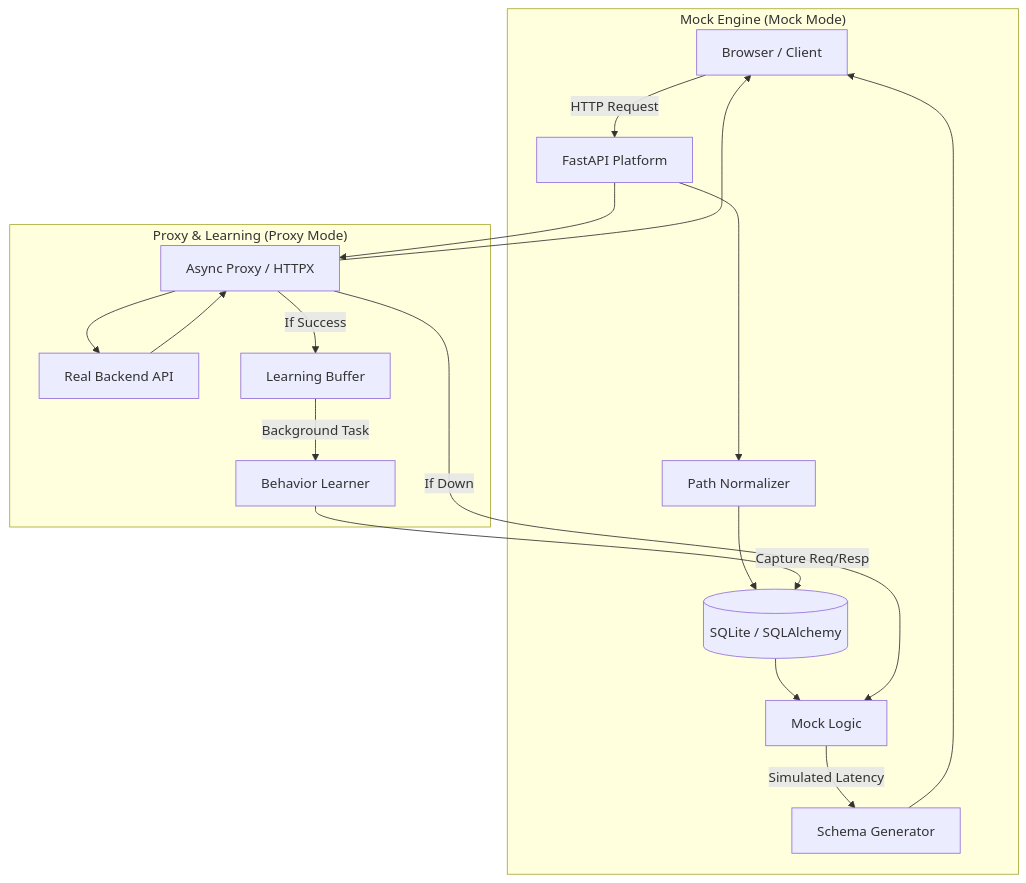
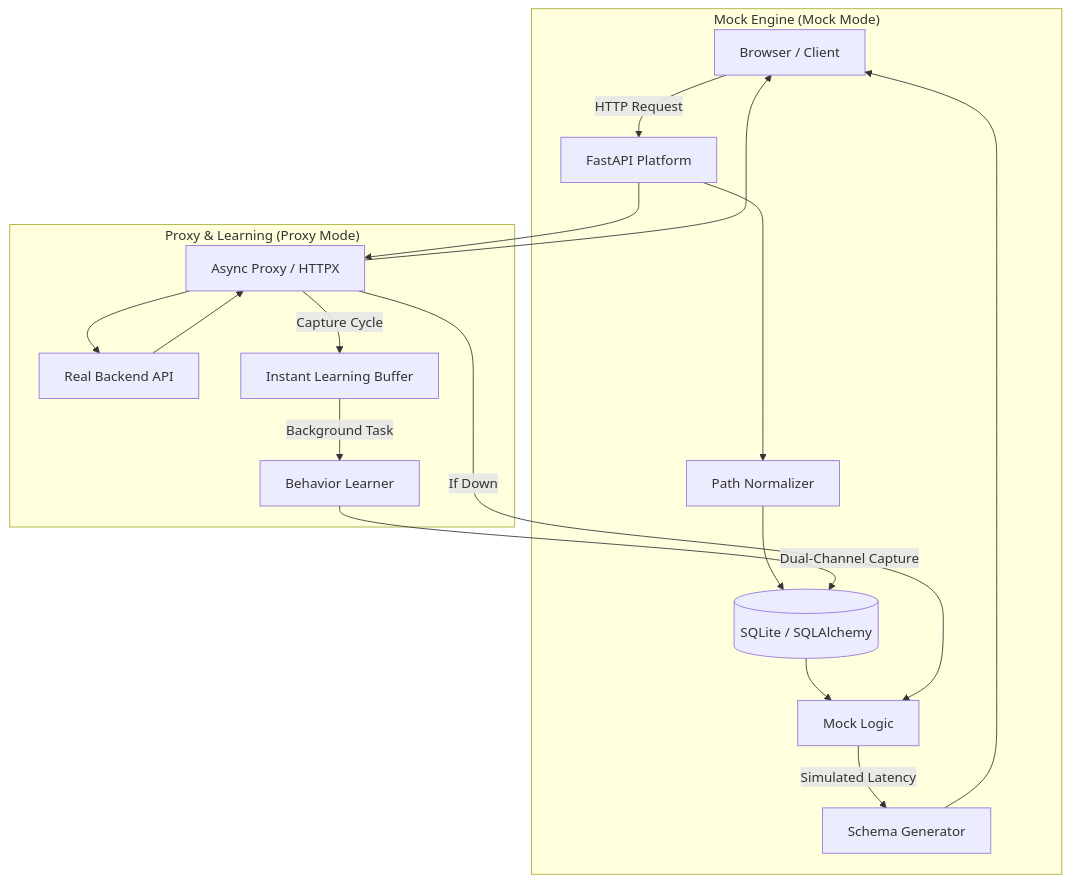
One commit to Prathamesh-Udoshi/intelligent-adaptive-mock changed the diagram in README.md. Above: the diagram before and after it, drawn with Mermaid. The commit also changed other lines of this file, not shown here.

Commit message:
Update README with Dual-Channel Intelligence and Live Stream features

````diff
--- a/README.md
+++ b/README.md
@@ -40,23 +40,23 @@
 ```mermaid
 graph TD
     Client[Browser / Client] -->|HTTP Request| Server[FastAPI Platform]
     
     subgraph "Mock Engine (Mock Mode)"
         Server --> Norm[Path Normalizer]
         Norm --> DB[(SQLite / SQLAlchemy)]
         DB --> Logic[Mock Logic]
         Logic -->|Simulated Latency| Gen[Schema Generator]
         Gen --> Client
     end
     
     subgraph "Proxy & Learning (Proxy Mode)"
         Server --> Proxy[Async Proxy / HTTPX]
         Proxy --> Target[Real Backend API]
         Target --> Proxy
-        Proxy -->|If Success| Buffer[Learning Buffer]
+        Proxy -->|Capture Cycle| Buffer[Instant Learning Buffer]
         Proxy -->|If Down| Logic
         Buffer -->|Background Task| Learner[Behavior Learner]
-        Learner -->|Capture Req/Resp| DB
+        Learner -->|Dual-Channel Capture| DB
         Proxy --> Client
     end
 ```
````
